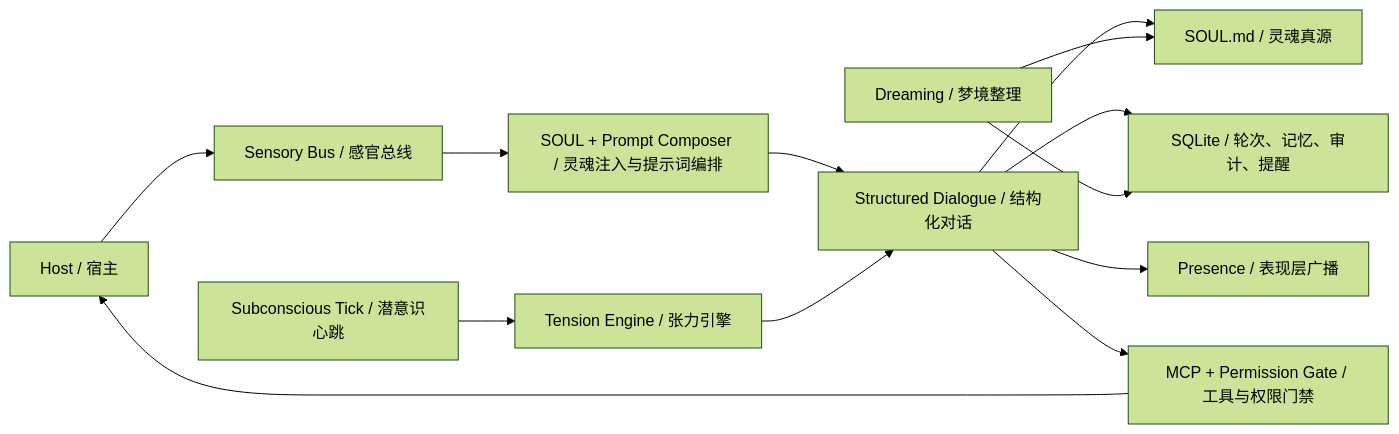
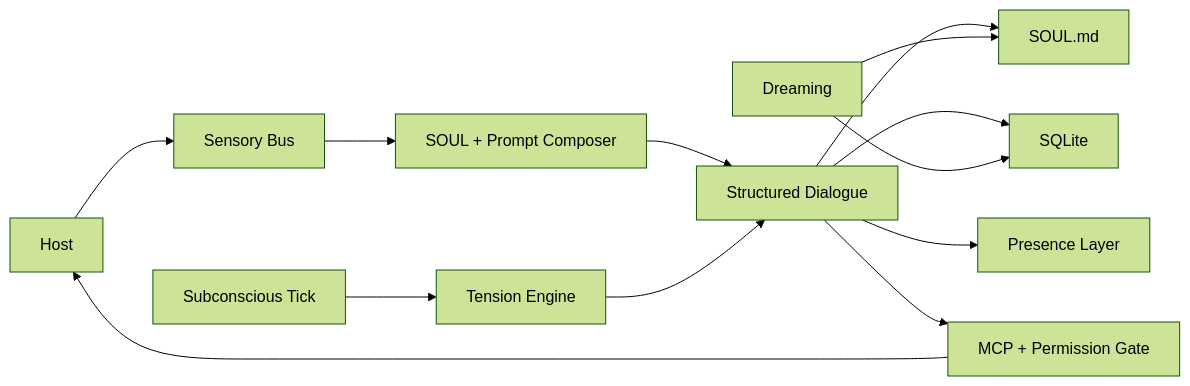
The diagram in README.md (TouHouQing/alicization), drawn with Mermaid (forest theme) before and after one commit. The commit also changed other lines of this file and 7 other files, not shown here.

````diff
--- a/README.md
+++ b/README.md
@@ -81,15 +84,15 @@
 ```mermaid
 flowchart LR
-  Host["Host / 宿主"] --> Sensory["Sensory Bus / 感官总线"]
-  Sensory --> Composer["SOUL + Prompt Composer / 灵魂注入与提示词编排"]
-  Composer --> Dialogue["Structured Dialogue / 结构化对话"]
-  Dialogue --> Soul["SOUL.md / 灵魂真源"]
-  Dialogue --> DB["SQLite / 轮次、记忆、审计、提醒"]
-  Dialogue --> Presence["Presence / 表现层广播"]
-  Dialogue --> Actuator["MCP + Permission Gate / 工具与权限门禁"]
-  Tick["Subconscious Tick / 潜意识心跳"] --> Tension["Tension Engine / 张力引擎"]
+  Host["Host"] --> Sensory["Sensory Bus"]
+  Sensory --> Composer["SOUL + Prompt Composer"]
+  Composer --> Dialogue["Structured Dialogue"]
+  Dialogue --> Soul["SOUL.md"]
+  Dialogue --> DB["SQLite"]
+  Dialogue --> Presence["Presence Layer"]
+  Dialogue --> Actuator["MCP + Permission Gate"]
+  Tick["Subconscious Tick"] --> Tension["Tension Engine"]
   Tension --> Dialogue
-  Dream["Dreaming / 梦境整理"] --> Soul
+  Dream["Dreaming"] --> Soul
   Dream --> DB
   Actuator --> Host
 ```
````
